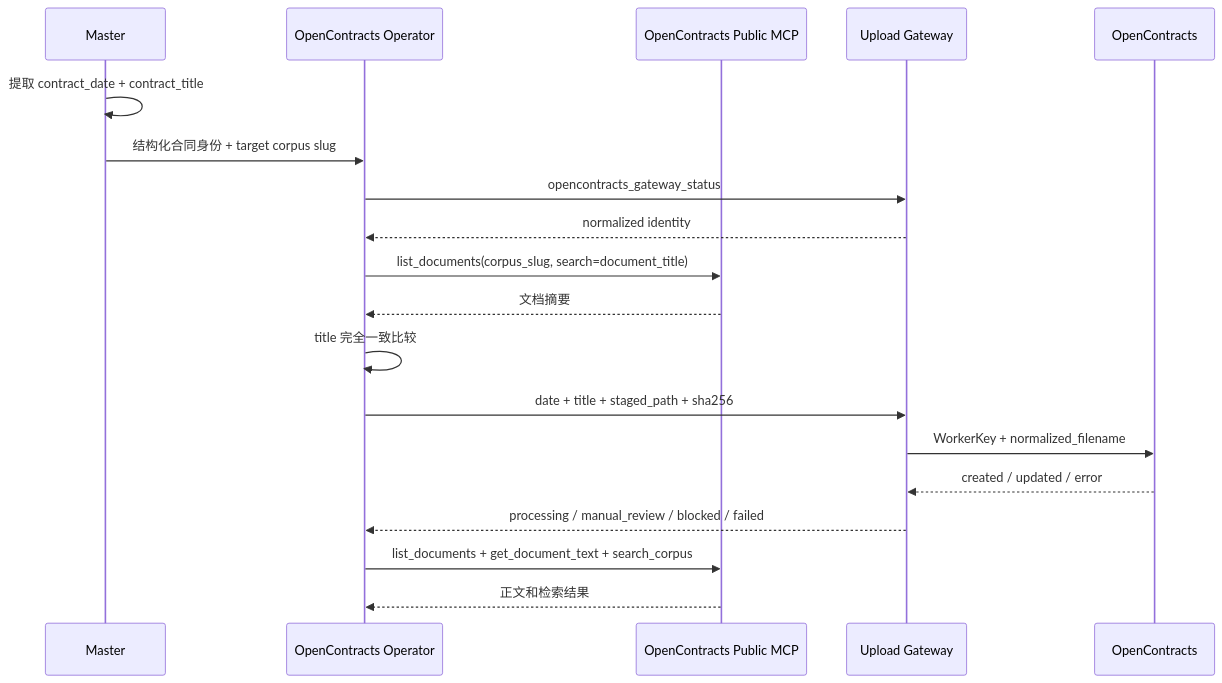
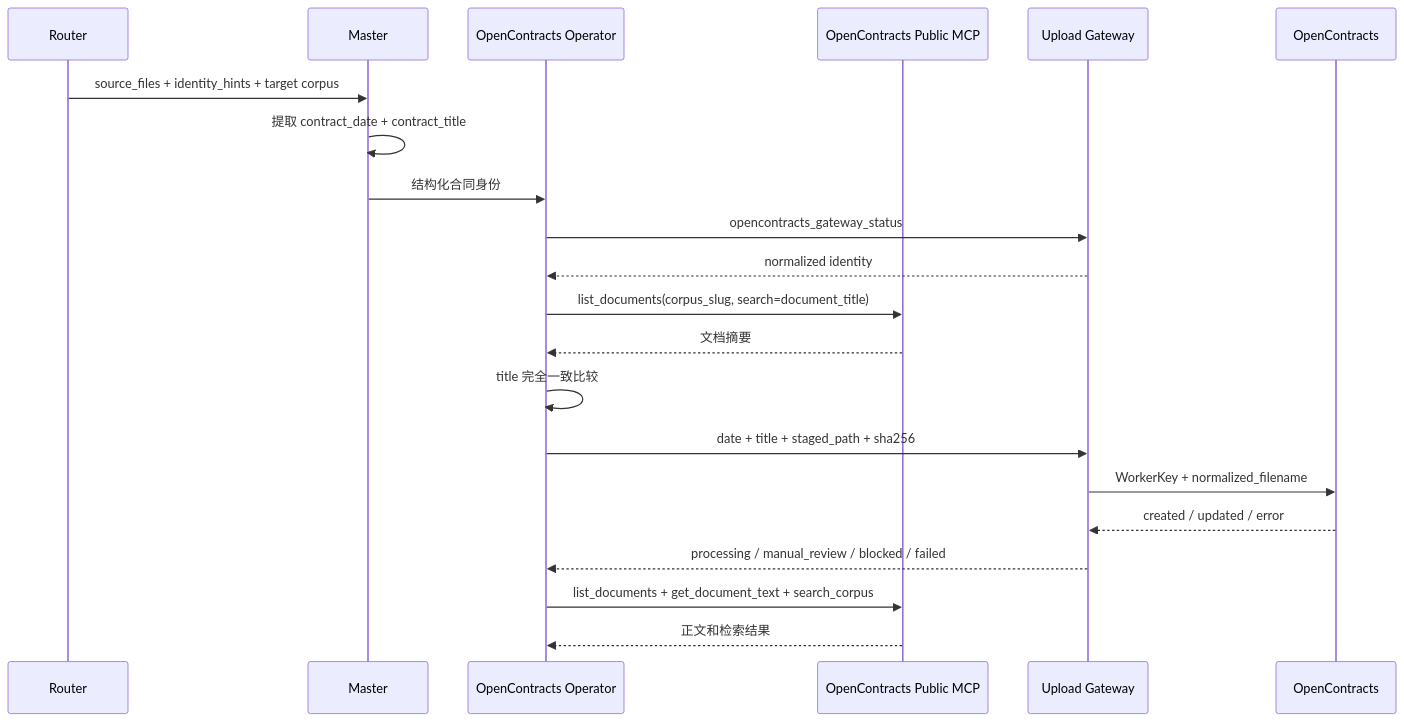
The second of 3 diagrams in docs/architecture/opencontracts-integration.md (Ri0n72Y/ContractBotConfig), drawn with Mermaid before and after one commit. The commit also changed other lines of this file, not shown here.

````diff
--- a/docs/architecture/opencontracts-integration.md
+++ b/docs/architecture/opencontracts-integration.md
@@ -100,22 +95,24 @@
 ```mermaid
 sequenceDiagram
+    participant R as Router
     participant M as Master
     participant O as OpenContracts Operator
     participant MCP as OpenContracts Public MCP
     participant G as Upload Gateway
     participant OC as OpenContracts
 
+    R->>M: source_files + identity_hints + target corpus
     M->>M: 提取 contract_date + contract_title
-    M->>O: 结构化合同身份 + target corpus slug
+    M->>O: 结构化合同身份
     O->>G: opencontracts_gateway_status
     G-->>O: normalized identity
     O->>MCP: list_documents(corpus_slug, search=document_title)
     MCP-->>O: 文档摘要
     O->>O: title 完全一致比较
     O->>G: date + title + staged_path + sha256
     G->>OC: WorkerKey + normalized_filename
     OC-->>G: created / updated / error
     G-->>O: processing / manual_review / blocked / failed
     O->>MCP: list_documents + get_document_text + search_corpus
     MCP-->>O: 正文和检索结果
 ```
````
